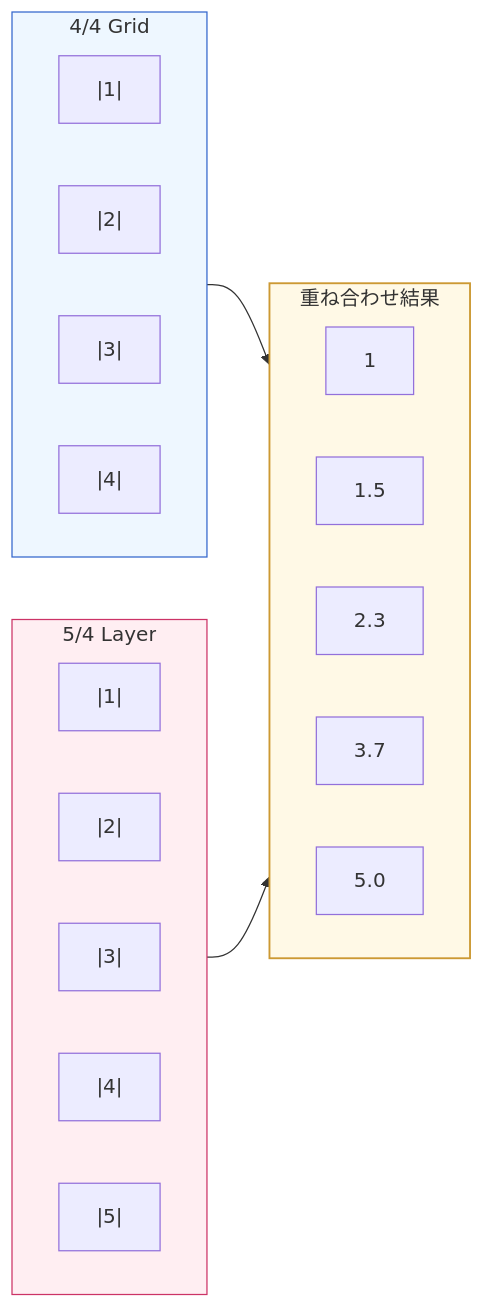
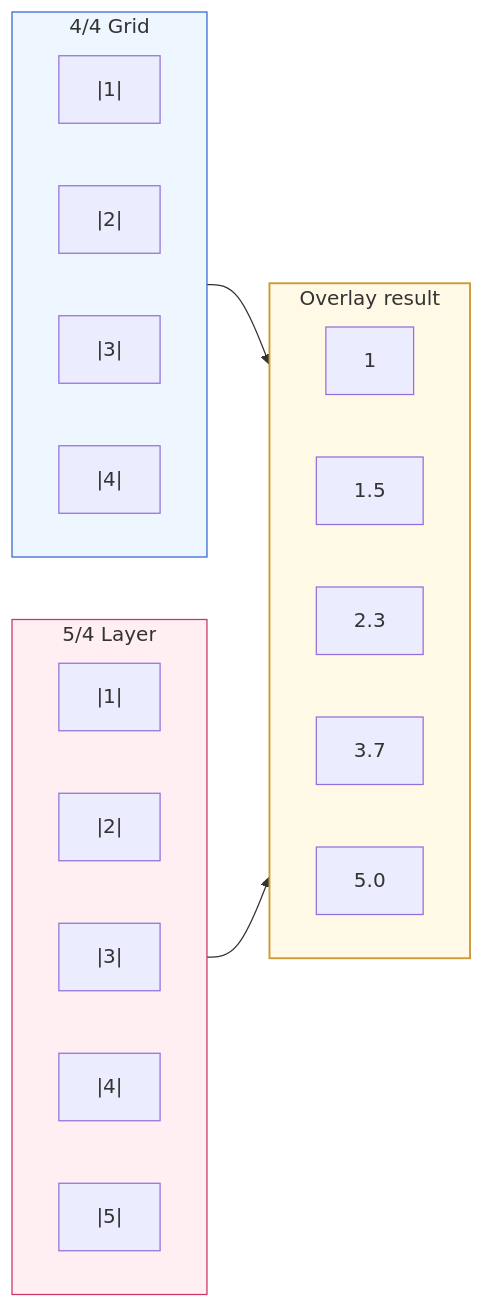
The sixth of 7 diagrams in en/_posts/2025-10-24-column-aphex_twin_evolution.md (monumental-movement/monumental-movement.github.io), drawn with Mermaid before and after one commit. The commit also changed 157 other files, not shown here.

```diff
--- a/en/_posts/2025-10-24-column-aphex_twin_evolution.md
+++ b/en/_posts/2025-10-24-column-aphex_twin_evolution.md
@@ -385,37 +385,37 @@
 <div class="mermaid">
 
 graph LR
     subgraph EVEN["4/4 Grid"]
         direction LR
         E1["|1|"]
         E2["|2|"]
         E3["|3|"]
         E4["|4|"]
     end
 
     subgraph ODD["5/4 Layer"]
         direction LR
         O1["|1|"]
         O2["|2|"]
         O3["|3|"]
         O4["|4|"]
         O5["|5|"]
     end
 
-    subgraph RESULT["重ね合わせ結果"]
+    subgraph RESULT["Overlay result"]
         direction LR
         R1["1"]
         R2["1.5"]
         R3["2.3"]
         R4["3.7"]
         R5["5.0"]
     end
 
     EVEN --> RESULT
     ODD --> RESULT
 
     style EVEN fill:#eef7ff,stroke:#3366cc,stroke-width:1px
     style ODD fill:#ffeef2,stroke:#cc3366,stroke-width:1px
     style RESULT fill:#fff9e6,stroke:#cc9933,stroke-width:1.5px
 
 </div>
```
